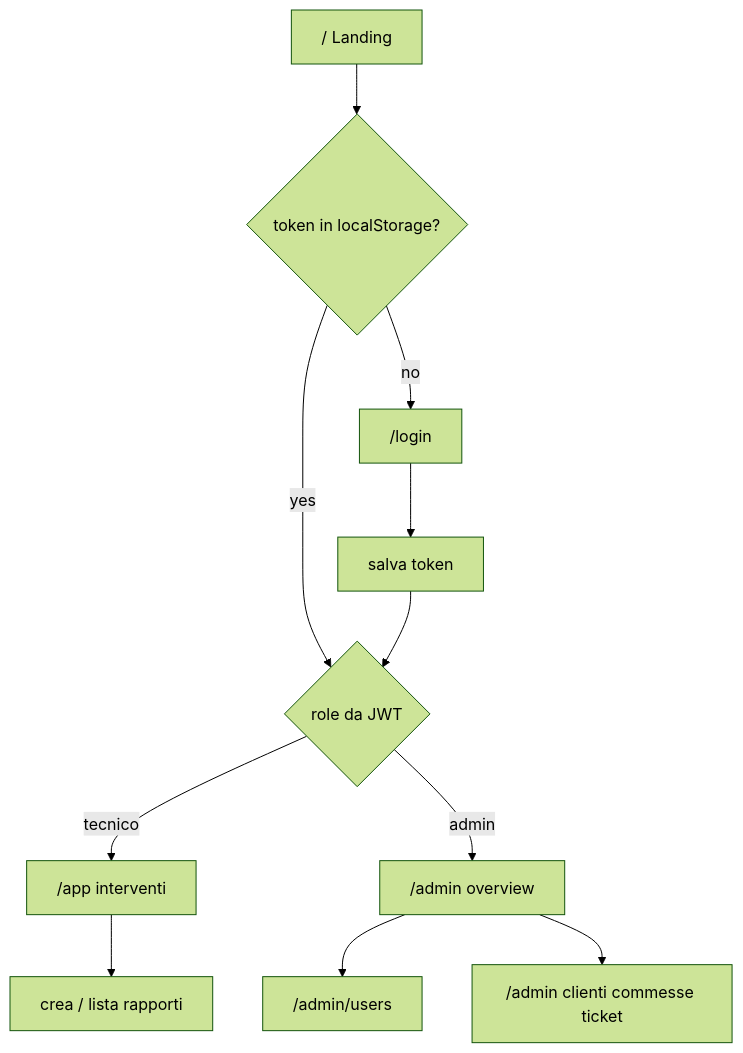
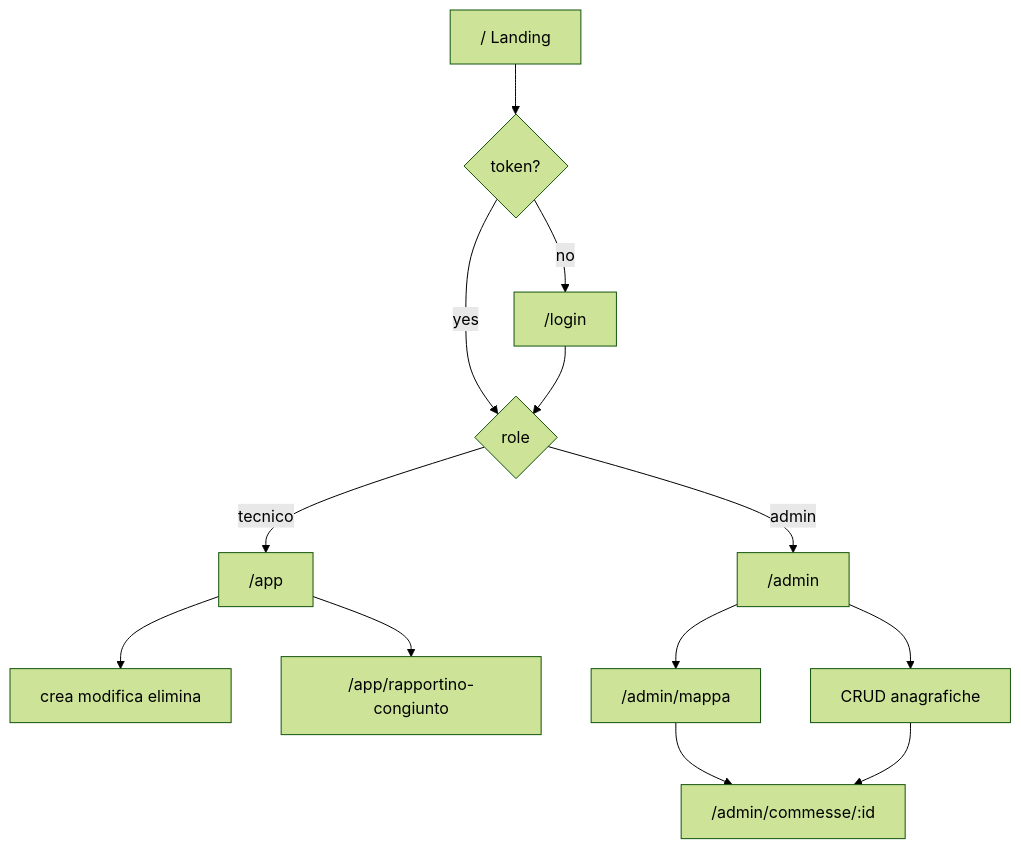
Before and after one commit to Dave02233/Rapportini: the diagram in frontend/frontend_guide.md, drawn with Mermaid (forest theme). The commit also changed other lines of this file and 44 other files, not shown here.

````diff
--- a/frontend/frontend_guide.md
+++ b/frontend/frontend_guide.md
@@ -22,13 +37,15 @@
 ```mermaid
 flowchart TD
-  entry["/ Landing"] --> hasToken{token in localStorage?}
+  entry["/ Landing"] --> hasToken{token?}
   hasToken -->|no| login["/login"]
-  hasToken -->|yes| roleCheck{role da JWT}
-  login --> okLogin[salva token]
-  okLogin --> roleCheck
-  roleCheck -->|tecnico| techHome["/app interventi"]
-  roleCheck -->|admin| adminHome["/admin overview"]
-  adminHome --> adminUsers["/admin/users"]
-  adminHome --> adminAnag["/admin clienti commesse ticket"]
-  techHome --> techForms["crea / lista rapporti"]
+  hasToken -->|yes| roleCheck{role}
+  login --> roleCheck
+  roleCheck -->|tecnico| techHome["/app"]
+  roleCheck -->|admin| adminHome["/admin"]
+  techHome --> techCRUD["crea modifica elimina"]
+  techHome --> congiunto["/app/rapportino-congiunto"]
+  adminHome --> adminCRUD["CRUD anagrafiche"]
+  adminHome --> mappa["/admin/mappa"]
+  mappa --> dettaglio["/admin/commesse/:id"]
+  adminCRUD --> dettaglio
 ```
````
